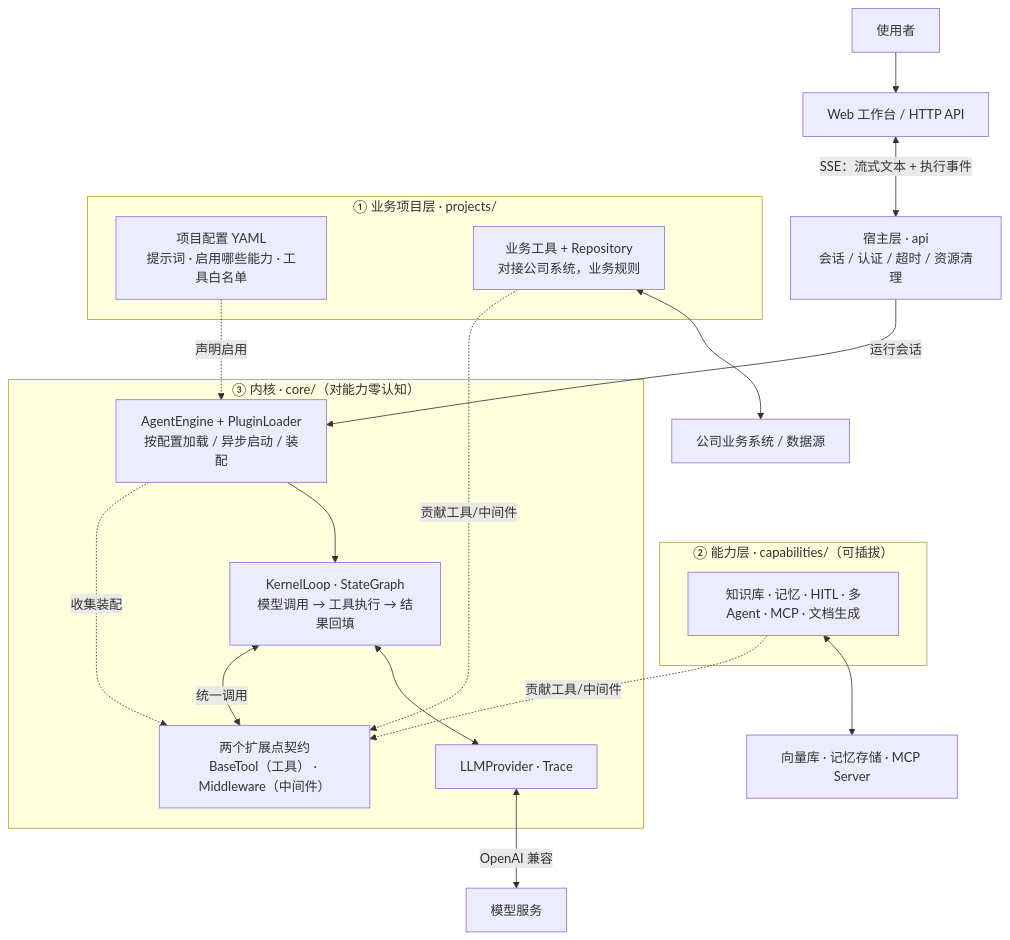
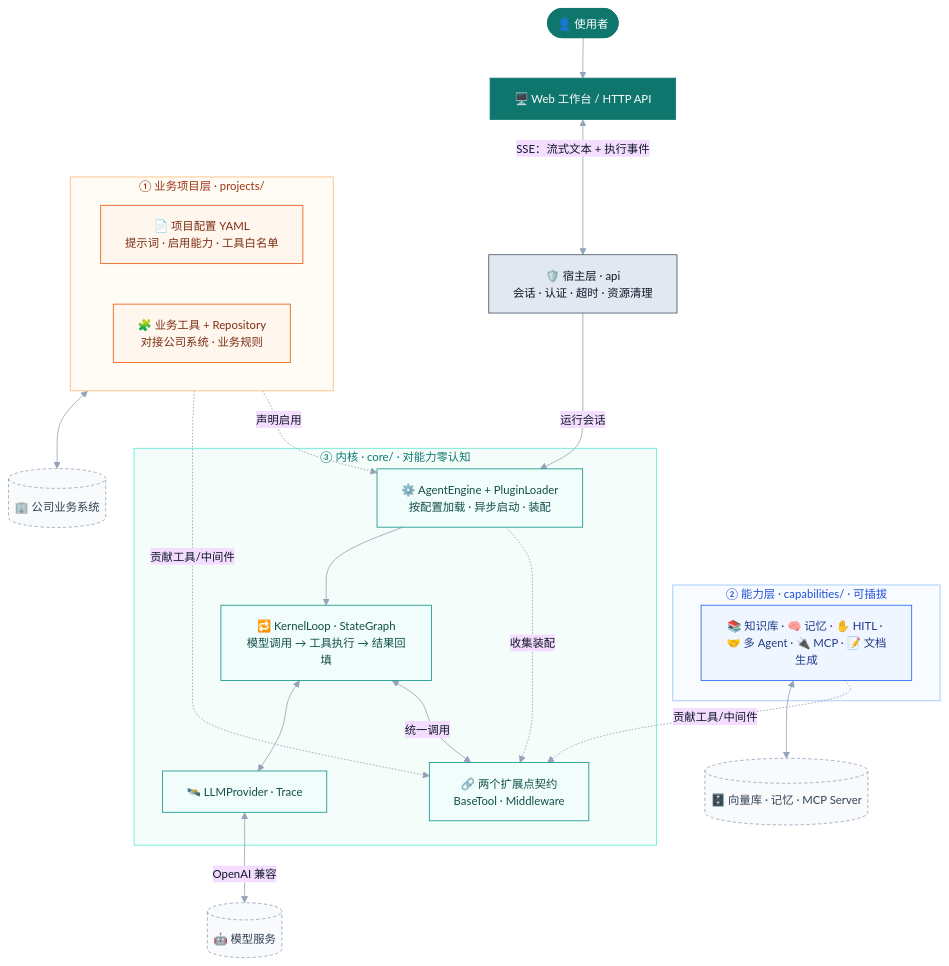
Before and after one commit to yangzai-ai/aro: the diagram in README.md, drawn with Mermaid. The commit also changed other lines of this file and 1 other file, not shown here.

Commit message:
docs: README 加入阿洛品牌与中英文介绍，美化架构图
- 顶部居中：ARO · 阿洛、slogan、徽章、中英文介绍与导航
- 架构图改用自定义三层配色与图标，替换默认主题
- 移除版本号与本机路径，避免每次发版改 README
- 新增工作台思考过程显示的任务简报

````diff
--- a/README.md
+++ b/README.md
@@ -42,33 +62,53 @@
 ```mermaid
+%%{init: {"theme": "base", "themeVariables": {"fontSize": "14px", "lineColor": "#94a3b8", "primaryTextColor": "#0f172a"}}}%%
 flowchart TB
-    User["使用者"] --> UI["Web 工作台 / HTTP API"]
-    UI <-->|"SSE：流式文本 + 执行事件"| Host["宿主层 · api<br/>会话 / 认证 / 超时 / 资源清理"]
+    User(["👤 使用者"]) --> UI["🖥️ Web 工作台 / HTTP API"]
+    UI <-->|"SSE：流式文本 + 执行事件"| Host["🛡️ 宿主层 · api<br/>会话 · 认证 · 超时 · 资源清理"]
 
     subgraph L3["① 业务项目层 · projects/"]
-        Cfg["项目配置 YAML<br/>提示词 · 启用哪些能力 · 工具白名单"]
-        Biz["业务工具 + Repository<br/>对接公司系统，业务规则"]
+        direction LR
+        Cfg["📄 项目配置 YAML<br/>提示词 · 启用能力 · 工具白名单"]
+        Biz["🧩 业务工具 + Repository<br/>对接公司系统 · 业务规则"]
     end
 
-    subgraph L2["② 能力层 · capabilities/（可插拔）"]
-        Caps["知识库 · 记忆 · HITL · 多Agent · MCP · 文档生成"]
+    subgraph L2["② 能力层 · capabilities/ · 可插拔"]
+        Caps["📚 知识库 · 🧠 记忆 · ✋ HITL · 🤝 多 Agent · 🔌 MCP · 📝 文档生成"]
     end
 
-    subgraph L1["③ 内核 · core/（对能力零认知）"]
-        Engine["AgentEngine + PluginLoader<br/>按配置加载 / 异步启动 / 装配"]
-        Loop["KernelLoop · StateGraph<br/>模型调用 → 工具执行 → 结果回填"]
-        Ports["两个扩展点契约<br/>BaseTool（工具） · Middleware（中间件）"]
-        Prov["LLMProvider · Trace"]
+    subgraph L1["③ 内核 · core/ · 对能力零认知"]
+        Engine["⚙️ AgentEngine + PluginLoader<br/>按配置加载 · 异步启动 · 装配"]
+        Loop["🔁 KernelLoop · StateGraph<br/>模型调用 → 工具执行 → 结果回填"]
+        Ports["🔗 两个扩展点契约<br/>BaseTool · Middleware"]
+        Prov["🛰️ LLMProvider · Trace"]
     end
 
     Cfg -.->|"声明启用"| Engine
     Biz -.->|"贡献工具/中间件"| Ports
     Caps -.->|"贡献工具/中间件"| Ports
     Engine -.->|"收集装配"| Ports
     Host -->|"运行会话"| Engine
     Engine --> Loop
     Loop <-->|"统一调用"| Ports
     Loop <--> Prov
-    Prov <-->|"OpenAI 兼容"| Model["模型服务"]
-    Biz <--> Up["公司业务系统 / 数据源"]
-    Caps <--> Res["向量库 · 记忆存储 · MCP Server"]
+    Prov <-->|"OpenAI 兼容"| Model[("🤖 模型服务")]
+    Biz <--> Up[("🏢 公司业务系统")]
+    Caps <--> Res[("🗄️ 向量库 · 记忆 · MCP Server")]
+
+    classDef entry fill:#0f766e,stroke:#0f766e,color:#ffffff
+    classDef host fill:#e2e8f0,stroke:#475569,color:#0f172a
+    classDef biz fill:#fff7ed,stroke:#ea580c,color:#7c2d12
+    classDef cap fill:#eff6ff,stroke:#2563eb,color:#1e3a8a
+    classDef core fill:#f0fdfa,stroke:#0d9488,color:#134e4a
+    classDef ext fill:#f8fafc,stroke:#94a3b8,color:#334155,stroke-dasharray:4 3
+
+    class User,UI entry
+    class Host host
+    class Cfg,Biz biz
+    class Caps cap
+    class Engine,Loop,Ports,Prov core
+    class Model,Up,Res ext
+
+    style L3 fill:#fffbf5,stroke:#fdba74,color:#9a3412
+    style L2 fill:#f8fbff,stroke:#93c5fd,color:#1d4ed8
+    style L1 fill:#f5fdfb,stroke:#5eead4,color:#0f766e
 ```
````
